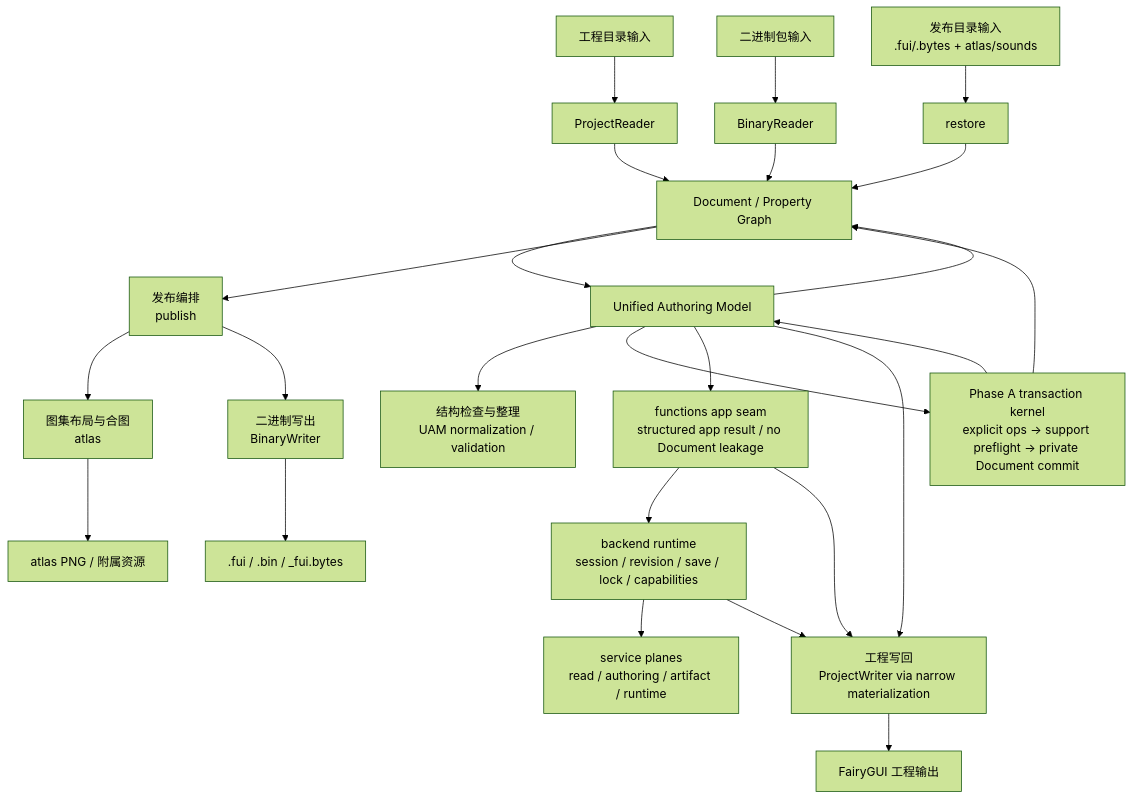
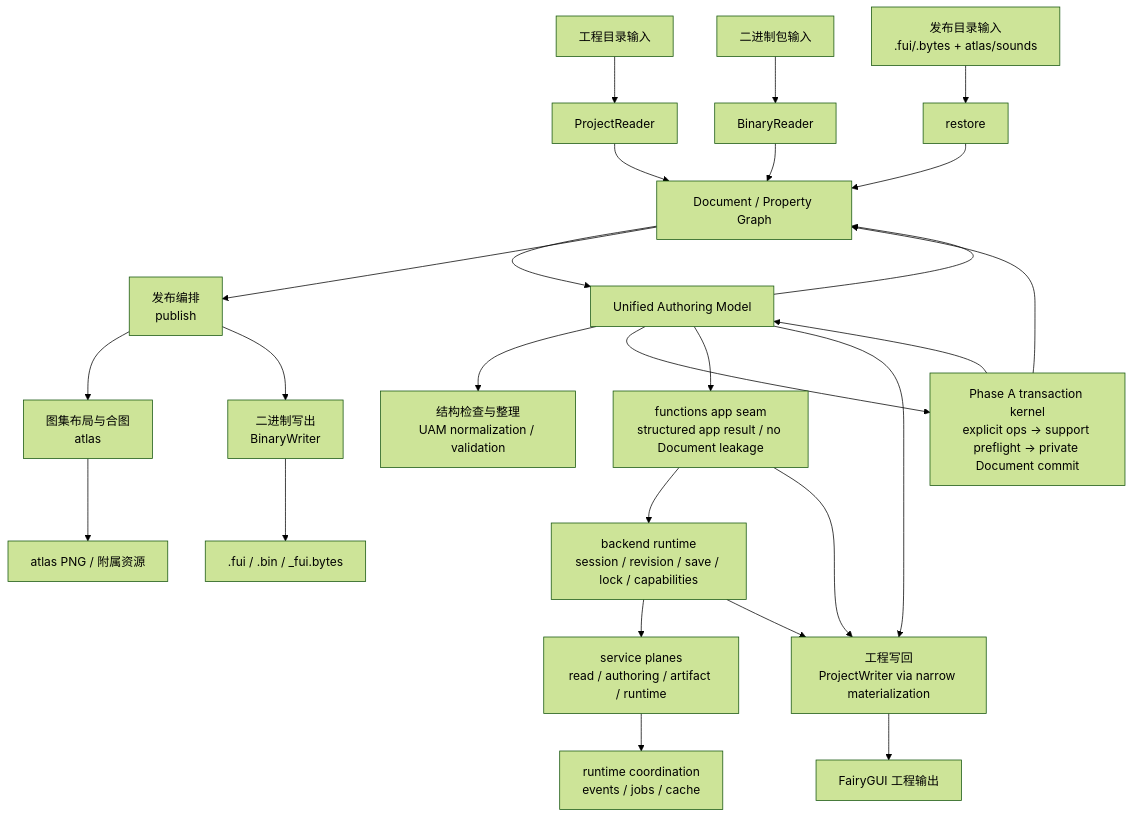
One commit to OpenFairyGUI/OpenFairyGUI changed the second of 2 diagrams in docs/architecture-overview.md. Above: the diagram before and after it, drawn with Mermaid (forest theme). The commit also changed other lines of this file and 25 other files, not shown here.

````diff
--- a/docs/architecture-overview.md
+++ b/docs/architecture-overview.md
@@ -236,27 +245,28 @@
 ```mermaid
 flowchart TD
     A["工程目录输入"] --> B["ProjectReader"]
     X["二进制包输入"] --> Y["BinaryReader"]
     R["发布目录输入<br/>.fui/.bytes + atlas/sounds"] --> S["restore"]
     B --> C["Document / Property Graph"]
     Y --> C
     S --> C
     C --> U["Unified Authoring Model"]
     U --> D["结构检查与整理<br/>UAM normalization / validation"]
     U --> T["Phase A transaction kernel<br/>explicit ops -> support preflight -> private Document commit"]
     U --> A2["functions app seam<br/>structured app result / no Document leakage"]
     A2 --> B2["backend runtime<br/>session / revision / save / lock / capabilities"]
     B2 --> B3["service planes<br/>read / authoring / artifact / runtime"]
+    B3 --> B4["runtime coordination<br/>events / jobs / cache"]
     T --> U
     T --> C
     U --> F["工程写回<br/>ProjectWriter via narrow materialization"]
     A2 --> F
     B2 --> F
     U --> C
     C --> E["发布编排<br/>publish"]
     E --> G["图集布局与合图<br/>atlas"]
     E --> H["二进制写出<br/>BinaryWriter"]
     F --> I["FairyGUI 工程输出"]
     G --> J["atlas PNG / 附属资源"]
     H --> K[".fui / .bin / _fui.bytes"]
 ```
````
